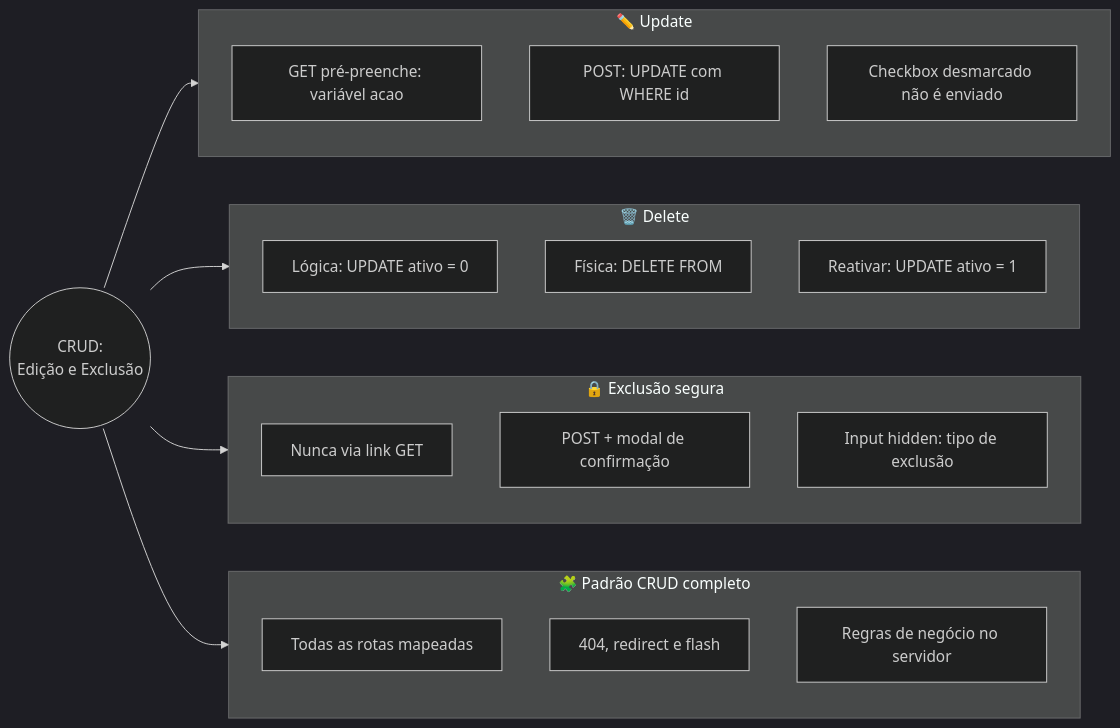
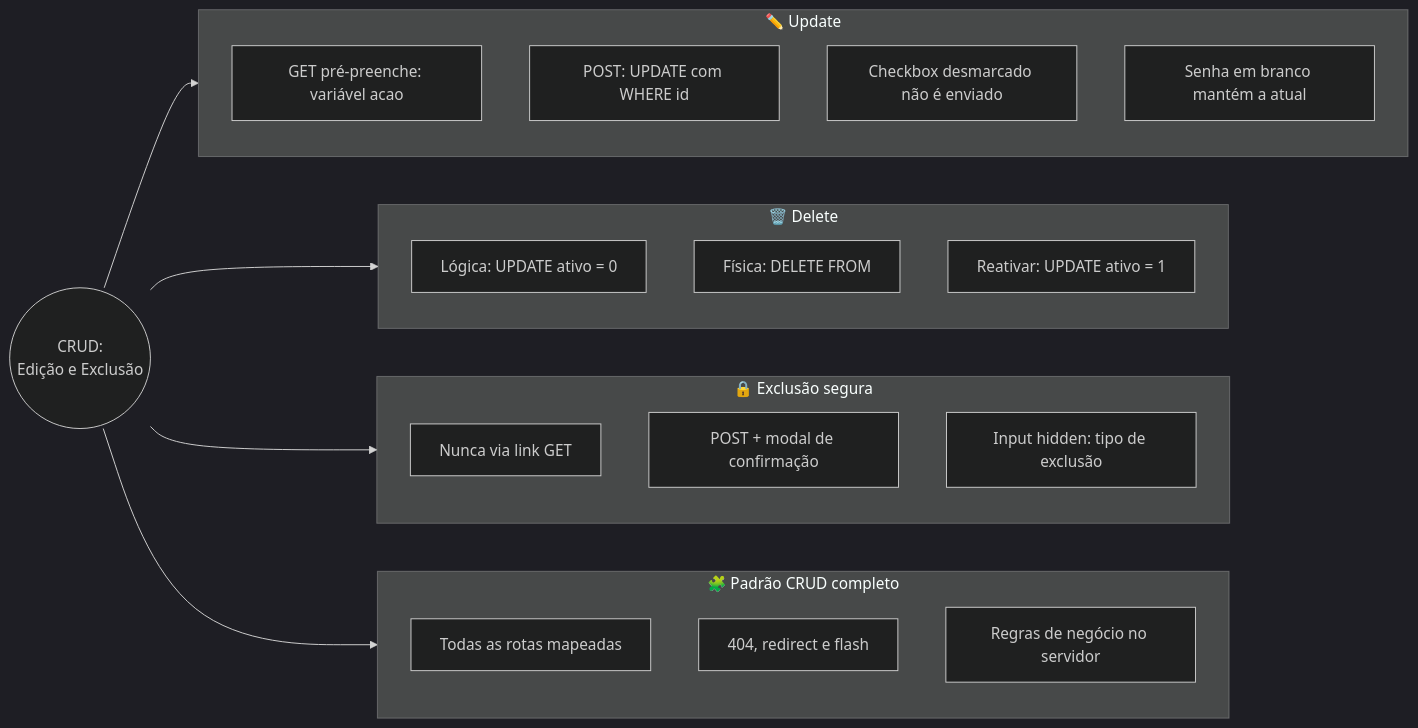
The first of 2 diagrams in docs/aulas/Aula_08_CRUD_Edicao_e_Exclusao.md (GTI-Fatec-Jahu/PI-GTI-2026-2), drawn with Mermaid (dark theme) before and after one commit. The commit also changed other lines of this file, not shown here.

Commit message:
Tópico 07: CRUD de usuários (Update e Delete), senha opcional na edição e LGPD na exclusão

````diff
--- a/docs/aulas/Aula_08_CRUD_Edicao_e_Exclusao.md
+++ b/docs/aulas/Aula_08_CRUD_Edicao_e_Exclusao.md
@@ -29,36 +30,37 @@
 ```mermaid
 flowchart LR
     ROOT(("CRUD:<br/>Edição e Exclusão"))
 
     ROOT --> T1
     subgraph T1["✏️ Update"]
         direction TB
         T1A["GET pré-preenche: variável acao"]
         T1B["POST: UPDATE com WHERE id"]
         T1C["Checkbox desmarcado não é enviado"]
+        T1D["Senha em branco mantém a atual"]
     end
 
     ROOT --> T2
     subgraph T2["🗑️ Delete"]
         direction TB
         T2A["Lógica: UPDATE ativo = 0"]
         T2B["Física: DELETE FROM"]
         T2C["Reativar: UPDATE ativo = 1"]
     end
 
     ROOT --> T3
     subgraph T3["🔒 Exclusão segura"]
         direction TB
         T3A["Nunca via link GET"]
         T3B["POST + modal de confirmação"]
         T3C["Input hidden: tipo de exclusão"]
     end
 
     ROOT --> T4
     subgraph T4["🧩 Padrão CRUD completo"]
         direction TB
         T4A["Todas as rotas mapeadas"]
         T4B["404, redirect e flash"]
         T4C["Regras de negócio no servidor"]
     end
 ```
````
